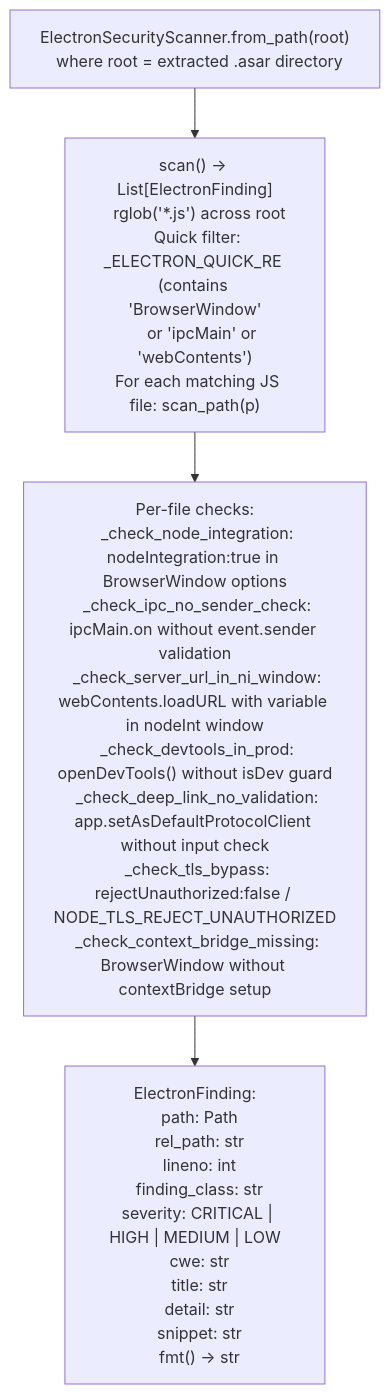
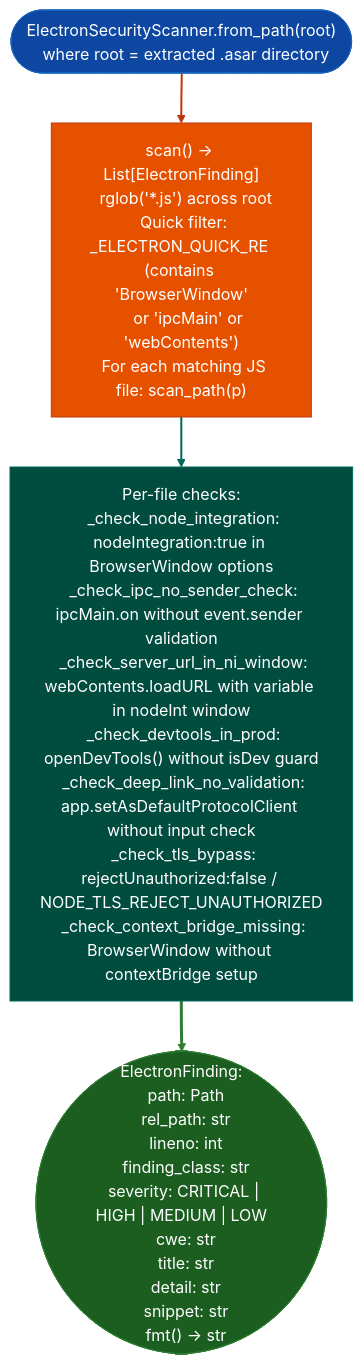
Before and after one commit to Ablation-Tool/ablation: the diagram in docs/reference-modules/electron-application-auditing.md, drawn with Mermaid. The commit also changed 320 other files, not shown here.

First line of the commit message:
docs: apply canonical Mermaid template to all 321 diagrams

````diff
--- a/docs/reference-modules/electron-application-auditing.md
+++ b/docs/reference-modules/electron-application-auditing.md
@@ -19,6 +19,15 @@
 ```mermaid
 flowchart TD
-    A["ElectronSecurityScanner.from_path(root)\n  where root = extracted .asar directory"] --> B["scan() → List[ElectronFinding]\n  rglob('*.js') across root\n  Quick filter: _ELECTRON_QUICK_RE (contains 'BrowserWindow'\n    or 'ipcMain' or 'webContents')\n  For each matching JS file: scan_path(p)"]
-    B --> C["Per-file checks:\n  _check_node_integration: nodeIntegration:true in BrowserWindow options\n  _check_ipc_no_sender_check: ipcMain.on without event.sender validation\n  _check_server_url_in_ni_window: webContents.loadURL with variable in nodeInt window\n  _check_devtools_in_prod: openDevTools() without isDev guard\n  _check_deep_link_no_validation: app.setAsDefaultProtocolClient without input check\n  _check_tls_bypass: rejectUnauthorized:false / NODE_TLS_REJECT_UNAUTHORIZED\n  _check_context_bridge_missing: BrowserWindow without contextBridge setup"]
-    C --> D["ElectronFinding:\n  path: Path\n  rel_path: str\n  lineno: int\n  finding_class: str\n  severity: CRITICAL | HIGH | MEDIUM | LOW\n  cwe: str\n  title: str\n  detail: str\n  snippet: str\n  fmt() → str"]
+    A(["ElectronSecurityScanner.from_path(root)\n  where root = extracted .asar directory"]):::input --> B["scan() → List[ElectronFinding]\n  rglob('*.js') across root\n  Quick filter: _ELECTRON_QUICK_RE (contains 'BrowserWindow'\n    or 'ipcMain' or 'webContents')\n  For each matching JS file: scan_path(p)"]:::primary
+    B:::primary --> C["Per-file checks:\n  _check_node_integration: nodeIntegration:true in BrowserWindow options\n  _check_ipc_no_sender_check: ipcMain.on without event.sender validation\n  _check_server_url_in_ni_window: webContents.loadURL with variable in nodeInt window\n  _check_devtools_in_prod: openDevTools() without isDev guard\n  _check_deep_link_no_validation: app.setAsDefaultProtocolClient without input check\n  _check_tls_bypass: rejectUnauthorized:false / NODE_TLS_REJECT_UNAUTHORIZED\n  _check_context_bridge_missing: BrowserWindow without contextBridge setup"]:::secondary
+    C:::secondary --> D(["ElectronFinding:\n  path: Path\n  rel_path: str\n  lineno: int\n  finding_class: str\n  severity: CRITICAL | HIGH | MEDIUM | LOW\n  cwe: str\n  title: str\n  detail: str\n  snippet: str\n  fmt() → str"]):::output
+    classDef input     fill:#0d47a1,stroke:#1565c0,color:#fff
+    classDef primary   fill:#e65100,stroke:#bf360c,color:#fff
+    classDef secondary fill:#004d40,stroke:#00695c,color:#fff
+    classDef tertiary  fill:#4a148c,stroke:#6a1b9a,color:#fff
+    classDef neutral   fill:#37474f,stroke:#546e7a,color:#fff
+    classDef output    fill:#1b5e20,stroke:#2e7d32,color:#fff
+    linkStyle 0 stroke:#bf360c,stroke-width:2px
+    linkStyle 1 stroke:#00695c,stroke-width:2px
+    linkStyle 2 stroke:#2e7d32,stroke-width:3px
 ```
````
